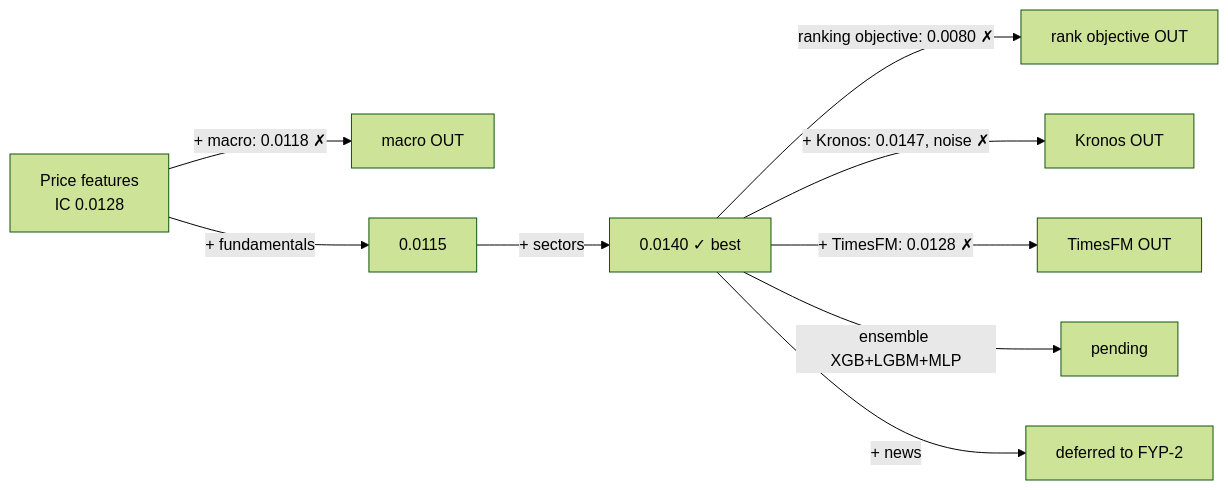
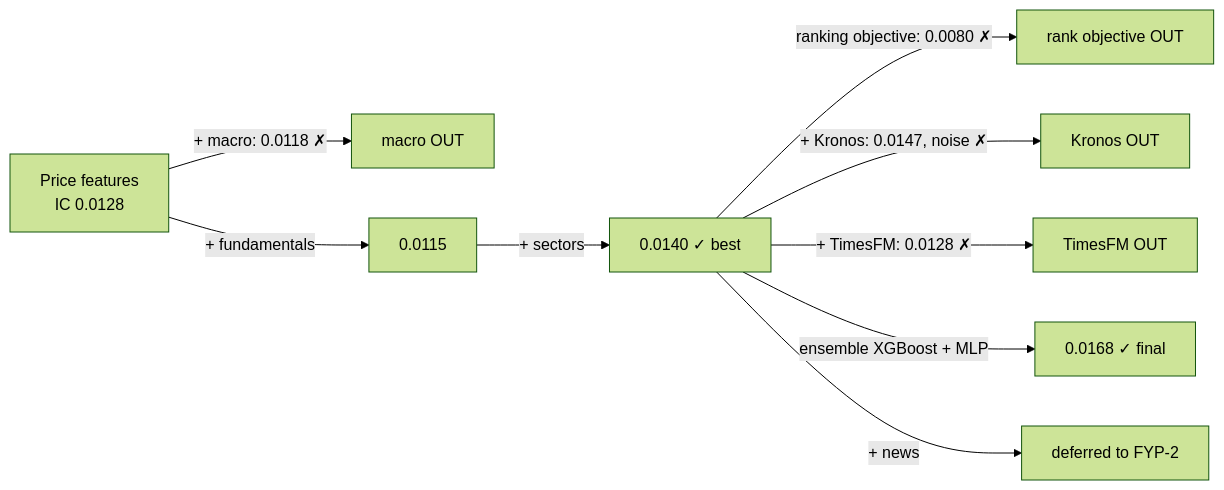
One commit to Naveed-CoLab/LatticeX changed the diagram in docs/decisions.md. Above: the diagram before and after it, drawn with Mermaid (forest theme). The commit also changed other lines of this file and 15 other files, not shown here.

Commit message:
Final ensemble: XGBoost + MLP (IC 0.0168, t 2.04)

````diff
--- a/docs/decisions.md
+++ b/docs/decisions.md
@@ -12,11 +12,11 @@
 ```mermaid
 flowchart LR
     A[Price features<br/>IC 0.0128] -->|+ macro: 0.0118 ✗| X1[macro OUT]
     A -->|+ fundamentals| B[0.0115]
     B -->|+ sectors| C[0.0140 ✓ best]
     C -->|ranking objective: 0.0080 ✗| X2[rank objective OUT]
     C -->|+ Kronos: 0.0147, noise ✗| X3[Kronos OUT]
     C -->|+ TimesFM: 0.0128 ✗| X4[TimesFM OUT]
-    C -->|ensemble XGB+LGBM+MLP| P1[pending]
+    C -->|ensemble XGBoost + MLP| E[0.0168 ✓ final]
     C -->|+ news| P2[deferred to FYP-2]
 ```
````
